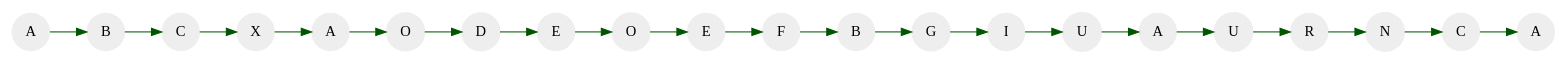
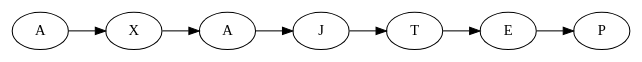
The diagram in src/Images/Grafo/ficha.dot (Caceres-Joseph/Practica1s12017_201513696), drawn with Graphviz before and after one commit. The commit also changed 10 other files, not shown here.

```diff
--- a/src/Images/Grafo/ficha.dot
+++ b/src/Images/Grafo/ficha.dot
@@ -1,49 +1,17 @@
 digraph grafo {
-node [shape=circle];
-node [style=filled];
-node [fillcolor="#EEEEEE"];
-node [color="#EEEEEE"];
-edge [color="#005500   #214a89"];
+	
 node0 [label=A];
 node0 -> node1;
-node1 [label=B];
+node1 [label=X];
 node1 -> node2;
-node2 [label=C];
+node2 [label=A];
 node2 -> node3;
-node3 [label=X];
+node3 [label=J];
 node3 -> node4;
-node4 [label=A];
+node4 [label=T];
 node4 -> node5;
-node5 [label=O];
+node5 [label=E];
 node5 -> node6;
-node6 [label=D];
-node6 -> node7;
-node7 [label=E];
-node7 -> node8;
-node8 [label=O];
-node8 -> node9;
-node9 [label=E];
-node9 -> node10;
-node10 [label=F];
-node10 -> node11;
-node11 [label=B];
-node11 -> node12;
-node12 [label=G];
-node12 -> node13;
-node13 [label=I];
-node13 -> node14;
-node14 [label=U];
-node14 -> node15;
-node15 [label=A];
-node15 -> node16;
-node16 [label=U];
-node16 -> node17;
-node17 [label=R];
-node17 -> node18;
-node18 [label=N];
-node18 -> node19;
-node19 [label=C];
-node19 -> node20;
-node20 [label=A];
+node6 [label=P];
 
 rankdir=LR;}
```
